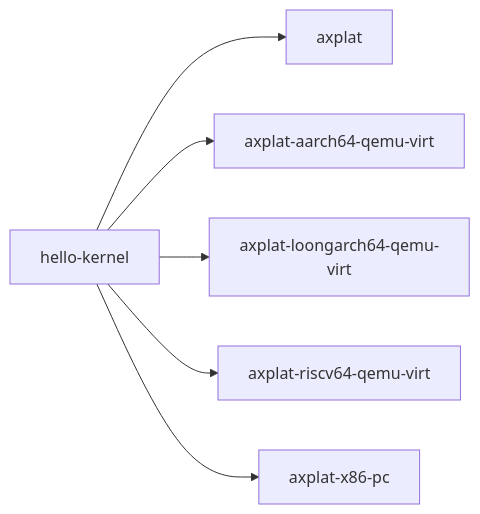
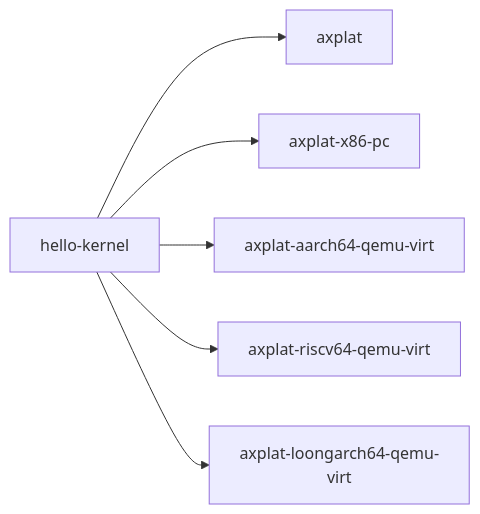
Before and after one commit to rcore-os/tgoskits: the second of 2 diagrams in docs/crates/hello-kernel.md, drawn with Mermaid. The commit also changed other lines of this file and 99 other files, not shown here.

````diff
--- a/docs/crates/hello-kernel.md
+++ b/docs/crates/hello-kernel.md
@@ -33,9 +78,8 @@
 ```mermaid
 graph LR
-    current["hello-kernel"]
-    current --> axplat["axplat"]
-    current --> axplat_aarch64_qemu_virt["axplat-aarch64-qemu-virt"]
-    current --> axplat_loongarch64_qemu_virt["axplat-loongarch64-qemu-virt"]
-    current --> axplat_riscv64_qemu_virt["axplat-riscv64-qemu-virt"]
-    current --> axplat_x86_pc["axplat-x86-pc"]
+    sample["hello-kernel"] --> axplat["axplat"]
+    sample --> x86["axplat-x86-pc"]
+    sample --> a64["axplat-aarch64-qemu-virt"]
+    sample --> rv["axplat-riscv64-qemu-virt"]
+    sample --> loong["axplat-loongarch64-qemu-virt"]
 ```
````
